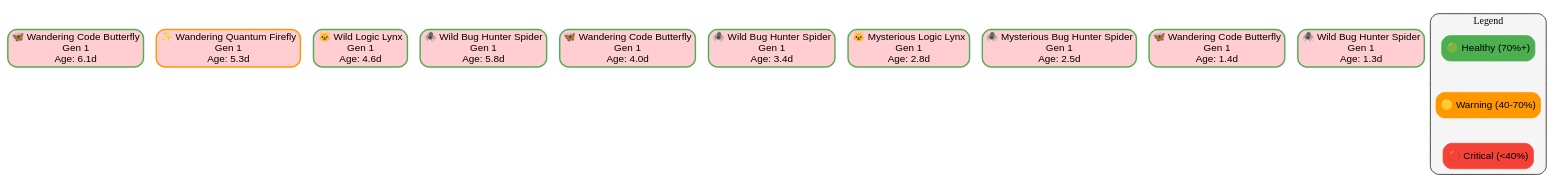
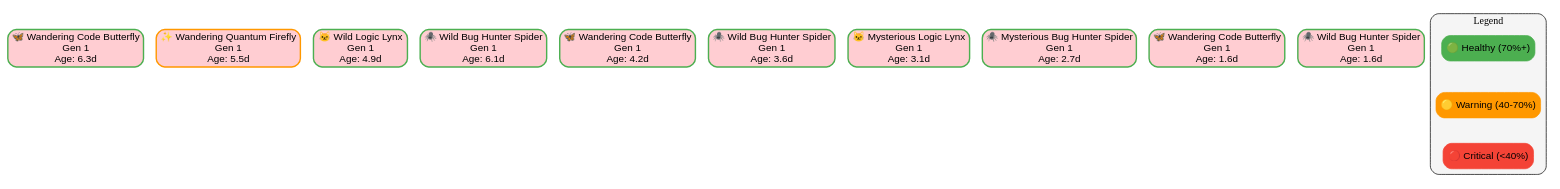
Before and after one commit to batmac/digital-ecosystem: the diagram in .ecosystem/visualizations/family_tree.dot, drawn with Graphviz. The commit also changed 7 other files, not shown here.

```diff
--- a/.ecosystem/visualizations/family_tree.dot
+++ b/.ecosystem/visualizations/family_tree.dot
@@ -1,93 +1,93 @@
 
 digraph EcosystemFamilyTree {
     rankdir=TB;
     node [shape=box, style="rounded,filled", fontname="Arial"];
     edge [fontname="Arial"];
     
     // Style pour différentes générations
     node [fillcolor="#E3F2FD"];
 
         "code_butterfly_1753392858_5357" [
-            label="🦋 Wandering Code Butterfly\nGen 1\nAge: 6.1d",
+            label="🦋 Wandering Code Butterfly\nGen 1\nAge: 6.3d",
             fillcolor="#FFCDD2",
             color="#4CAF50",
             penwidth=2
         ];
     
         "quantum_firefly_1753393678_6656" [
-            label="✨ Wandering Quantum Firefly\nGen 1\nAge: 5.3d",
+            label="✨ Wandering Quantum Firefly\nGen 1\nAge: 5.5d",
             fillcolor="#FFCDD2",
             color="#FF9800",
             penwidth=2
         ];
     
         "logic_lynx_1753394863_7694" [
-            label="🐱 Wild Logic Lynx\nGen 1\nAge: 4.6d",
+            label="🐱 Wild Logic Lynx\nGen 1\nAge: 4.9d",
             fillcolor="#FFCDD2",
             color="#4CAF50",
             penwidth=2
         ];
     
         "bug_hunter_spider_1753395214_1998" [
-            label="🕷️ Wild Bug Hunter Spider\nGen 1\nAge: 5.8d",
+            label="🕷️ Wild Bug Hunter Spider\nGen 1\nAge: 6.1d",
             fillcolor="#FFCDD2",
             color="#4CAF50",
             penwidth=2
         ];
     
         "code_butterfly_1753397153_5909" [
-            label="🦋 Wandering Code Butterfly\nGen 1\nAge: 4.0d",
+            label="🦋 Wandering Code Butterfly\nGen 1\nAge: 4.2d",
             fillcolor="#FFCDD2",
             color="#4CAF50",
             penwidth=2
         ];
     
         "bug_hunter_spider_1753401059_2910" [
-            label="🕷️ Wild Bug Hunter Spider\nGen 1\nAge: 3.4d",
+            label="🕷️ Wild Bug Hunter Spider\nGen 1\nAge: 3.6d",
             fillcolor="#FFCDD2",
             color="#4CAF50",
             penwidth=2
         ];
     
         "logic_lynx_1753403721_9188" [
-            label="🐱 Mysterious Logic Lynx\nGen 1\nAge: 2.8d",
+            label="🐱 Mysterious Logic Lynx\nGen 1\nAge: 3.1d",
             fillcolor="#FFCDD2",
             color="#4CAF50",
             penwidth=2
         ];
     
         "bug_hunter_spider_1753404040_5672" [
-            label="🕷️ Mysterious Bug Hunter Spider\nGen 1\nAge: 2.5d",
+            label="🕷️ Mysterious Bug Hunter Spider\nGen 1\nAge: 2.7d",
             fillcolor="#FFCDD2",
             color="#4CAF50",
             penwidth=2
         ];
     
         "code_butterfly_1753404111_1732" [
-            label="🦋 Wandering Code Butterfly\nGen 1\nAge: 1.4d",
+            label="🦋 Wandering Code Butterfly\nGen 1\nAge: 1.6d",
             fillcolor="#FFCDD2",
             color="#4CAF50",
             penwidth=2
         ];
     
         "bug_hunter_spider_1753417286_4988" [
-            label="🕷️ Wild Bug Hunter Spider\nGen 1\nAge: 1.3d",
+            label="🕷️ Wild Bug Hunter Spider\nGen 1\nAge: 1.6d",
             fillcolor="#FFCDD2",
             color="#4CAF50",
             penwidth=2
         ];
     
     
     // Légende
     subgraph cluster_legend {
         label="Legend";
         style="rounded,filled";
         fillcolor="#F5F5F5";
         
         legend1 [label="🟢 Healthy (70%+)", fillcolor="#4CAF50", color="#4CAF50"];
         legend2 [label="🟡 Warning (40-70%)", fillcolor="#FF9800", color="#FF9800"];
         legend3 [label="🔴 Critical (<40%)", fillcolor="#F44336", color="#F44336"];
         
         legend1 -> legend2 -> legend3 [style=invis];
     }
 }
```
